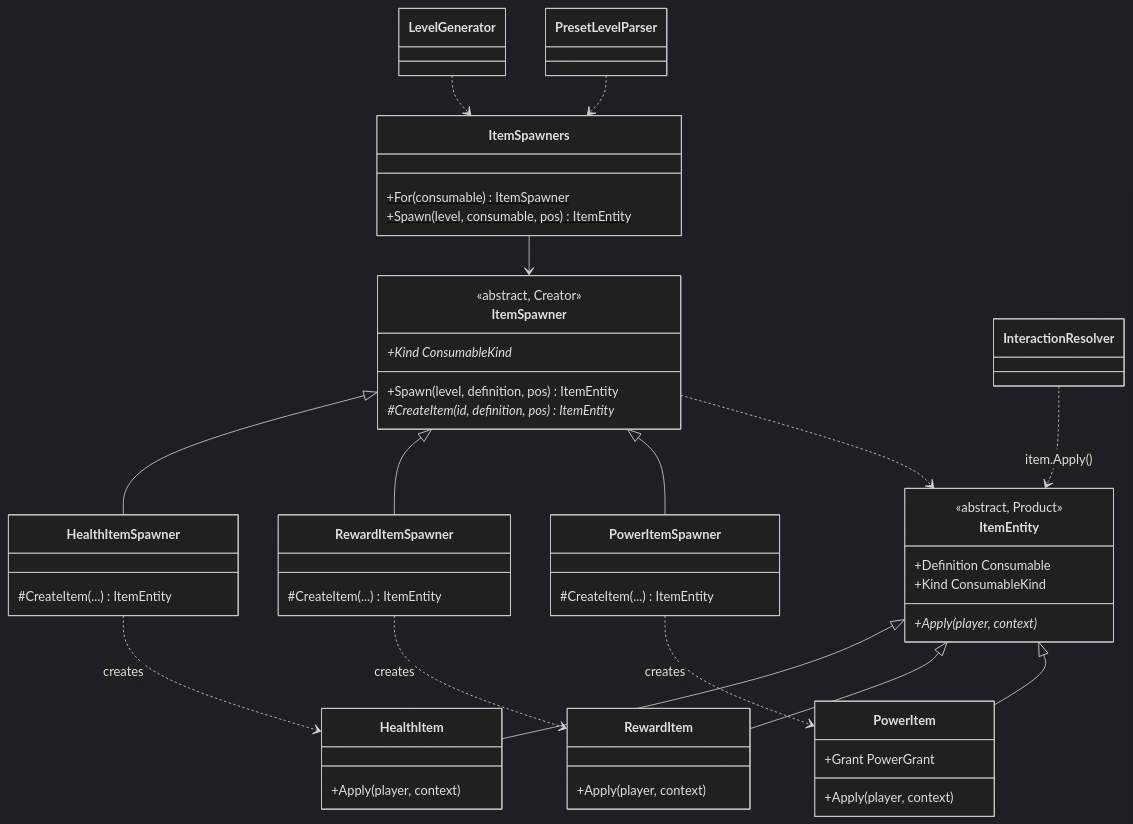
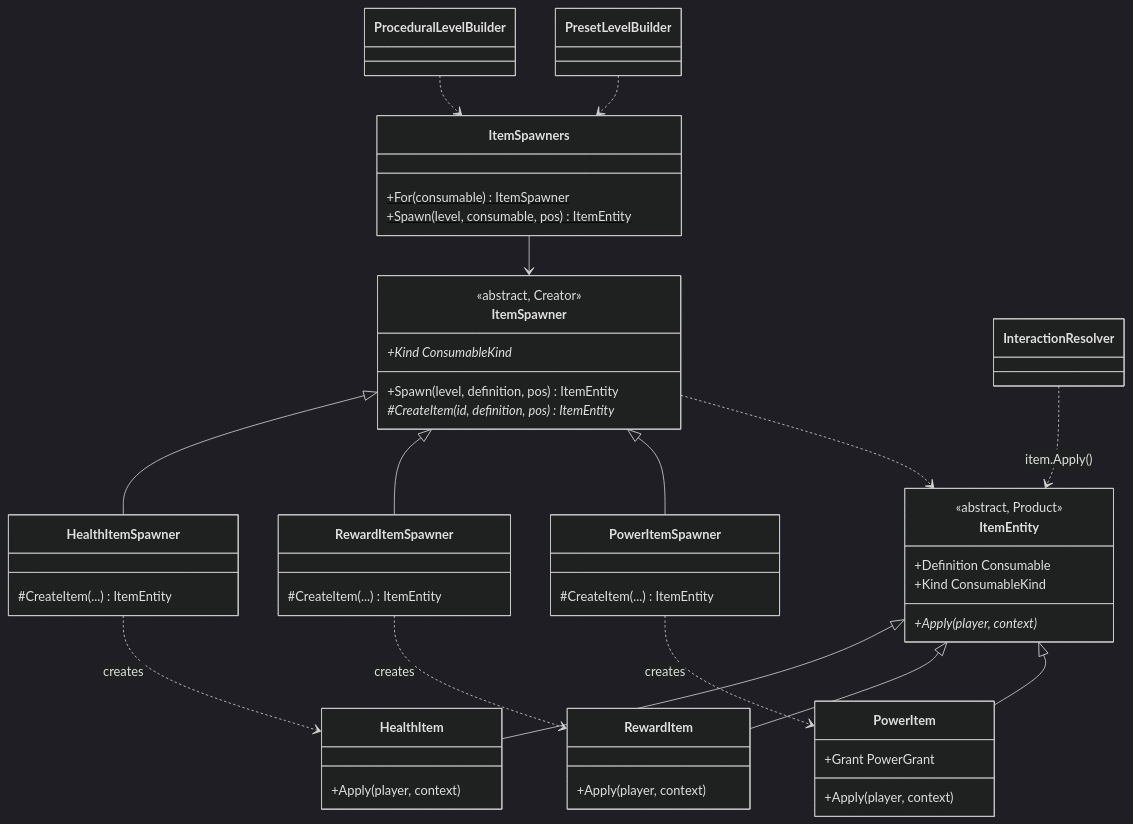
The second of 2 diagrams in docs/patterns/FactoryMethod.md (YoBoyJonas/OPP), drawn with Mermaid (dark theme) before and after one commit. The commit also changed other lines of this file and 19 other files, not shown here.

First line of the commit message:
feat(patterns): apply Builder to level construction

````diff
--- a/docs/patterns/FactoryMethod.md
+++ b/docs/patterns/FactoryMethod.md
@@ -58,42 +58,42 @@
 ```mermaid
 classDiagram
     class ItemEntity {
         <<abstract, Product>>
         +Definition Consumable
         +Kind ConsumableKind
         +Apply(player, context)*
     }
     class HealthItem { +Apply(player, context) }
     class RewardItem { +Apply(player, context) }
     class PowerItem {
         +Grant PowerGrant
         +Apply(player, context)
     }
     class ItemSpawner {
         <<abstract, Creator>>
         +Kind ConsumableKind*
         +Spawn(level, definition, pos) ItemEntity
         #CreateItem(id, definition, pos) ItemEntity*
     }
     class HealthItemSpawner { #CreateItem(...) ItemEntity }
     class RewardItemSpawner { #CreateItem(...) ItemEntity }
     class PowerItemSpawner { #CreateItem(...) ItemEntity }
     class ItemSpawners {
         +For(consumable) ItemSpawner$
         +Spawn(level, consumable, pos) ItemEntity$
     }
     ItemEntity <|-- HealthItem
     ItemEntity <|-- RewardItem
     ItemEntity <|-- PowerItem
     ItemSpawner <|-- HealthItemSpawner
     ItemSpawner <|-- RewardItemSpawner
     ItemSpawner <|-- PowerItemSpawner
     HealthItemSpawner ..> HealthItem : creates
     RewardItemSpawner ..> RewardItem : creates
     PowerItemSpawner ..> PowerItem : creates
     ItemSpawner ..> ItemEntity
     ItemSpawners --> ItemSpawner
-    LevelGenerator ..> ItemSpawners
-    PresetLevelParser ..> ItemSpawners
+    ProceduralLevelBuilder ..> ItemSpawners
+    PresetLevelBuilder ..> ItemSpawners
     InteractionResolver ..> ItemEntity : item.Apply()
 ```
````
